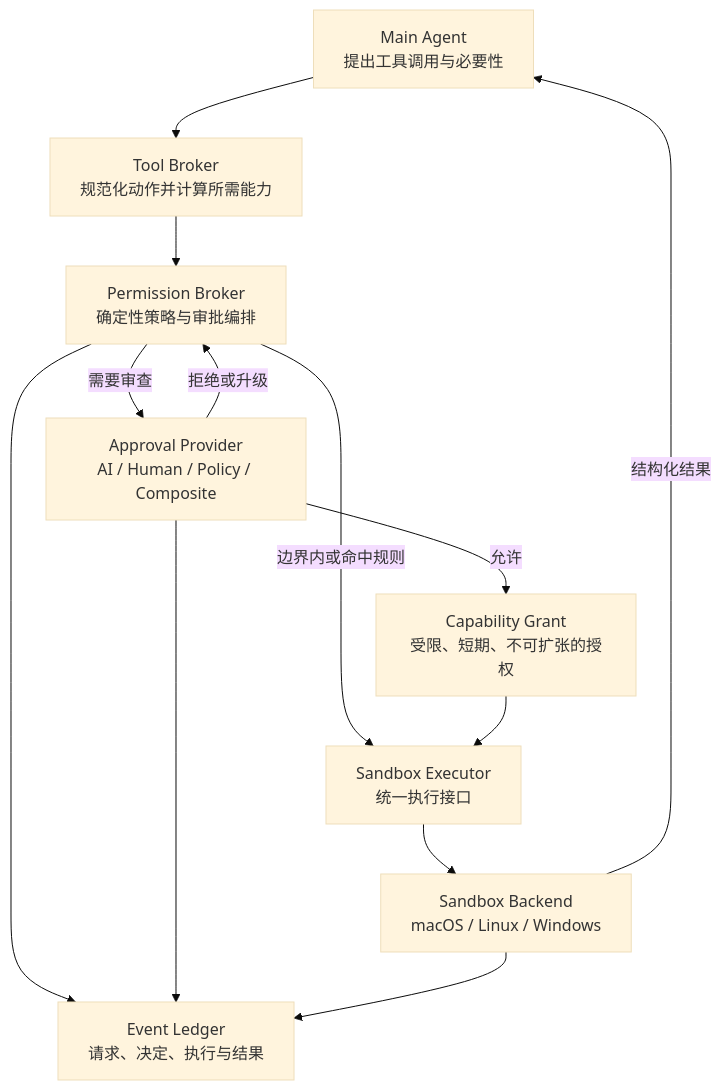
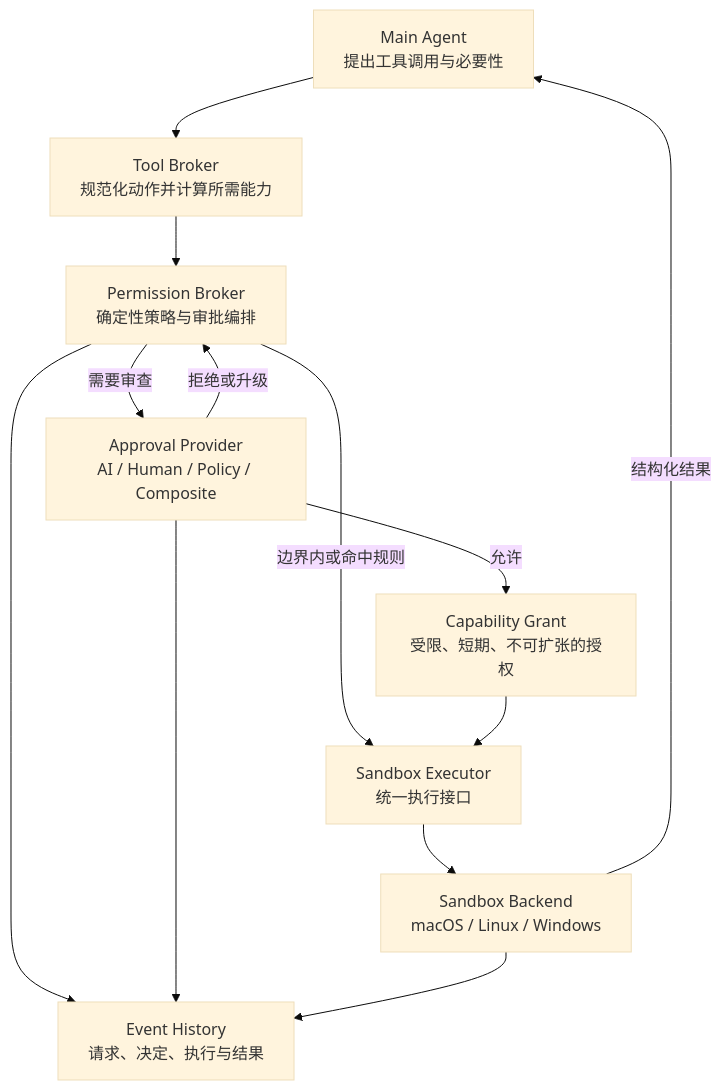
One commit to morphz-ai/morphz changed the first of 2 diagrams in docs/morphz_sandbox_execution_and_approval_architecture.md. Above: the diagram before and after it, drawn with Mermaid (base theme). The commit also changed other lines of this file and 129 other files, not shown here.

````diff
--- a/docs/morphz_sandbox_execution_and_approval_architecture.md
+++ b/docs/morphz_sandbox_execution_and_approval_architecture.md
@@ -112,24 +112,24 @@
 ```mermaid
 flowchart TD
     A["Main Agent\n提出工具调用与必要性"]
     T["Tool Broker\n规范化动作并计算所需能力"]
     P["Permission Broker\n确定性策略与审批编排"]
     R["Approval Provider\nAI / Human / Policy / Composite"]
     G["Capability Grant\n受限、短期、不可扩张的授权"]
     S["Sandbox Executor\n统一执行接口"]
     B["Sandbox Backend\nmacOS / Linux / Windows"]
-    L["Event Ledger\n请求、决定、执行与结果"]
+    L["Event History\n请求、决定、执行与结果"]
 
     A --> T
     T --> P
     P -->|"边界内或命中规则"| S
     P -->|"需要审查"| R
     R -->|"允许"| G
     R -->|"拒绝或升级"| P
     G --> S
     S --> B
     P --> L
     R --> L
     B --> L
     B -->|"结构化结果"| A
 ```
````
